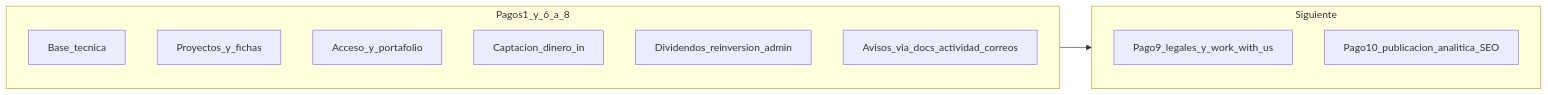
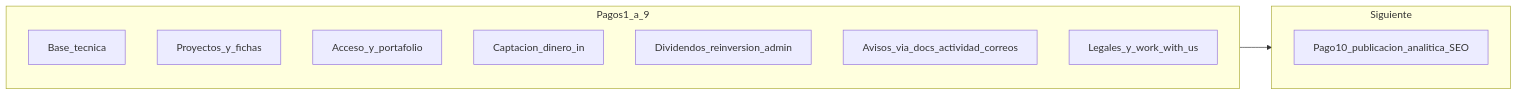
One commit to SopeDev/golden-state changed the diagram in docs/PLAN_ENTREGA_10_PAGOS.md. Above: the diagram before and after it, drawn with Mermaid. The commit also changed other lines of this file and 6 other files, not shown here.

````diff
--- a/docs/PLAN_ENTREGA_10_PAGOS.md
+++ b/docs/PLAN_ENTREGA_10_PAGOS.md
@@ -322,16 +334,16 @@
 ```mermaid
 flowchart LR
-  subgraph entregado [Pagos1_y_6_a_8]
+  subgraph entregado [Pagos1_a_9]
     A[Base_tecnica]
     B[Proyectos_y_fichas]
     C[Acceso_y_portafolio]
     D[Captacion_dinero_in]
     J[Dividendos_reinversion_admin]
     K[Avisos_via_docs_actividad_correos]
+    L[Legales_y_work_with_us]
   end
   subgraph pendiente [Siguiente]
-    L[Pago9_legales_y_work_with_us]
     M[Pago10_publicacion_analitica_SEO]
   end
   entregado --> pendiente
 ```
````
